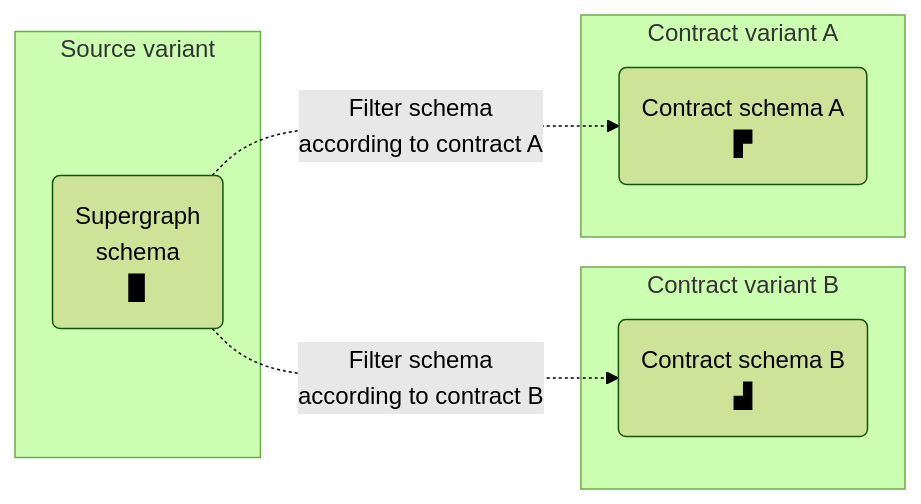
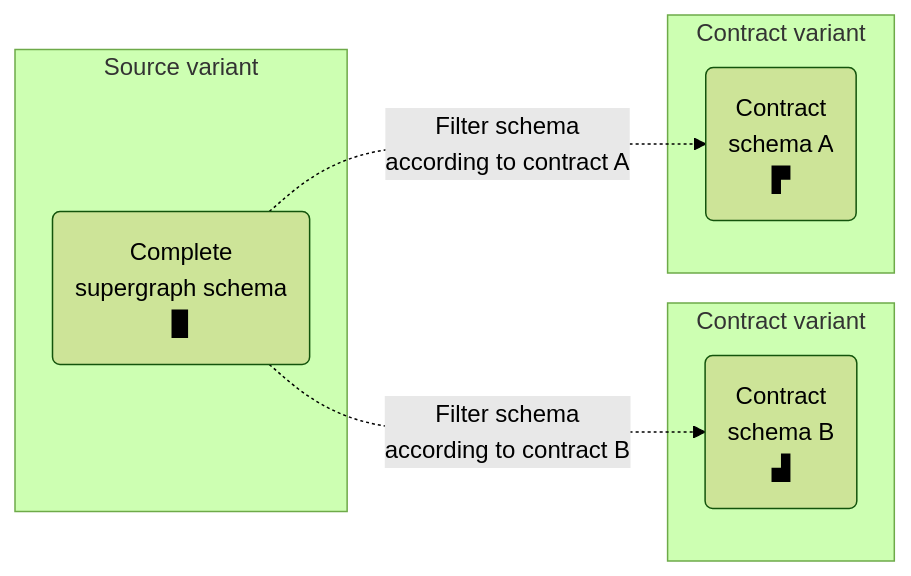
The second of 3 diagrams in src/content/graphos/delivery/contracts.mdx (apollographql/docs), drawn with Mermaid (forest theme) before and after one commit. The commit also changed other lines of this file and 4 other files, not shown here.

````diff
--- a/src/content/graphos/delivery/contracts.mdx
+++ b/src/content/graphos/delivery/contracts.mdx
@@ -11,14 +41,14 @@
 ```mermaid
 graph LR;
   subgraph "Source variant";
-  api("Supergraph<br/>schema<br/>▉");
+  api("Complete<br/>supergraph schema<br/>▉");
   end
-  subgraph "Contract variant B"
-  contractB("Contract schema B<br/>▟")
+  subgraph "Contract variant"
+  contractB("Contract <br/>schema B<br/>▟")
   end
-  subgraph "Contract variant A"
-  contractA("Contract schema A<br/>▛");
+  subgraph "Contract variant"
+  contractA("Contract <br/>schema A<br/>▛");
   end
   api -."Filter schema<br/>according to contract A".->contractA
   api -."Filter schema<br/>according to contract B".->contractB
 ```
````
